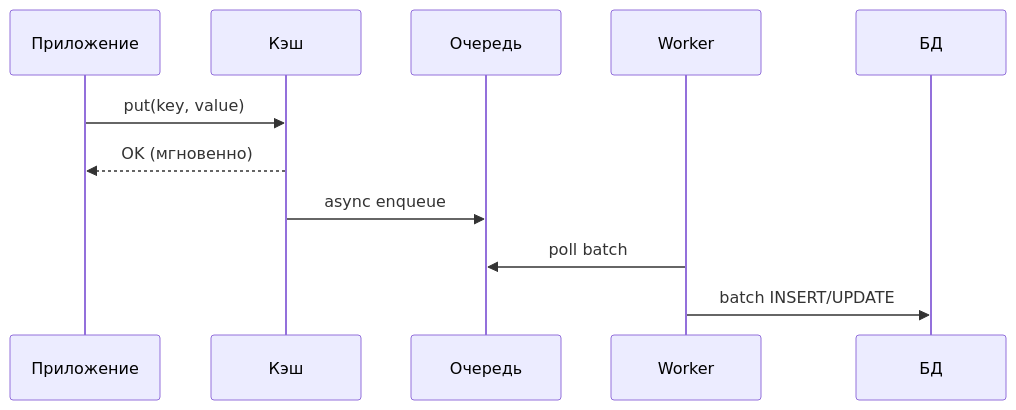
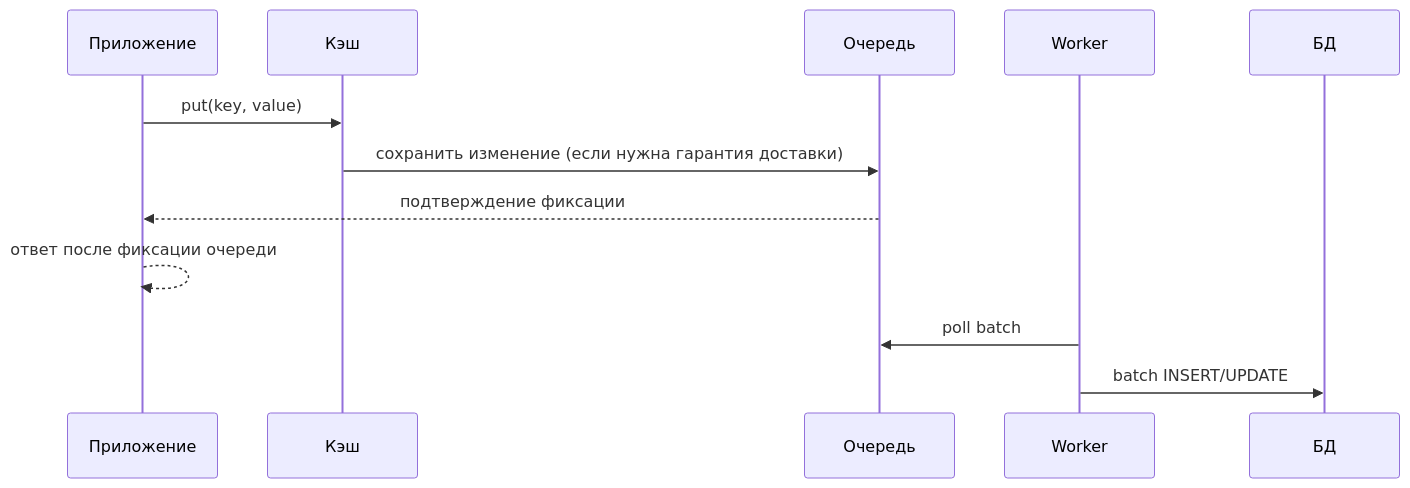
One commit to akeverus/cheat-sheet changed the fifth of 8 diagrams in cheatsheets/interview/architecture/caching-strategies-interview.md. Above: the diagram before and after it, drawn with Mermaid. The commit also changed other lines of this file and 154 other files, not shown here.

````diff
--- a/cheatsheets/interview/architecture/caching-strategies-interview.md
+++ b/cheatsheets/interview/architecture/caching-strategies-interview.md
@@ -617,14 +564,15 @@
 ```mermaid
 sequenceDiagram
     participant App as Приложение
     participant Cache as Кэш
     participant Queue as Очередь
     participant Worker as Worker
     participant DB as БД
 
     App->>Cache: put(key, value)
-    Cache-->>App: OK (мгновенно)
-    Cache->>Queue: async enqueue
+    Cache->>Queue: сохранить изменение (если нужна гарантия доставки)
+    Queue-->>App: подтверждение фиксации
+    App-->>App: ответ после фиксации очереди
     Worker->>Queue: poll batch
     Worker->>DB: batch INSERT/UPDATE
 ```
````
